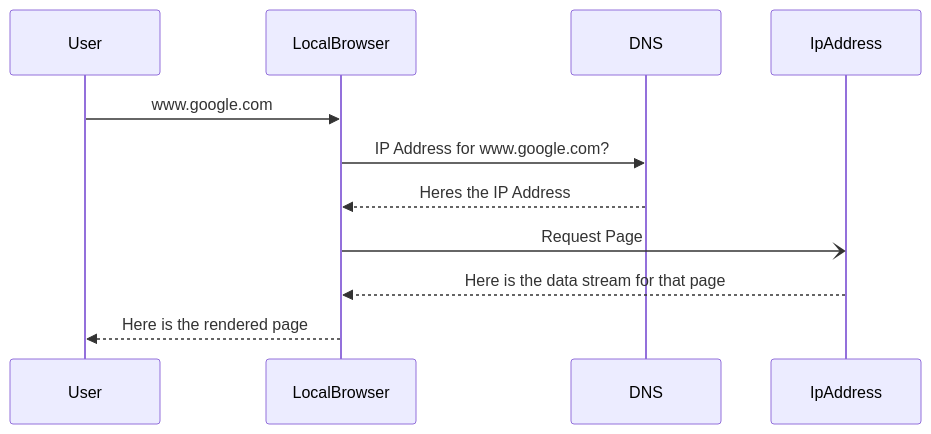
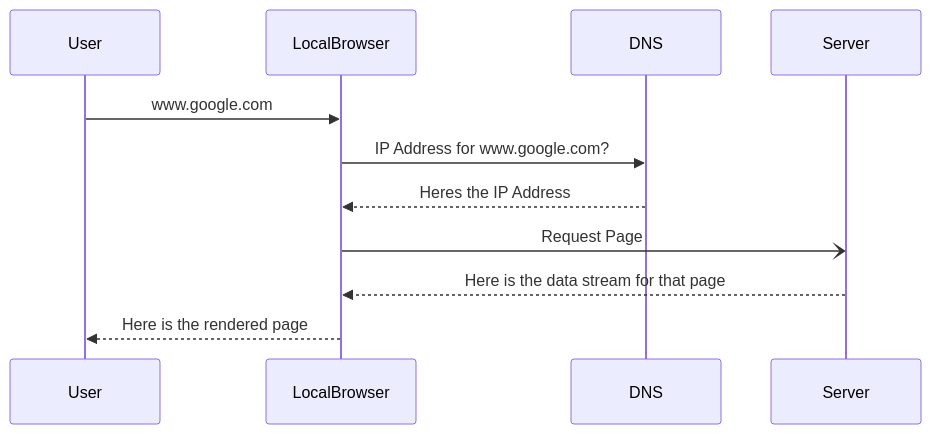
Before and after one commit to mrspaceman/my-blog-pages: the first of 2 diagrams in _drafts/2025-08-01-HTTP-protocol.md, drawn with Mermaid. The commit also changed other lines of this file, not shown here.

````diff
--- a/_drafts/2025-08-01-HTTP-protocol.md
+++ b/_drafts/2025-08-01-HTTP-protocol.md
@@ -23,9 +23,9 @@
 ```mermaid
 sequenceDiagram
     User ->> LocalBrowser: www.google.com
     LocalBrowser ->> DNS: IP Address for www.google.com?
     DNS -->> LocalBrowser: Heres the IP Address
-    LocalBrowser -) IpAddress: Request Page
-    IpAddress -->> LocalBrowser: Here is the data stream for that page
+    LocalBrowser -) Server: Request Page
+    Server -->> LocalBrowser: Here is the data stream for that page
     LocalBrowser -->> User: Here is the rendered page
 ```
````
